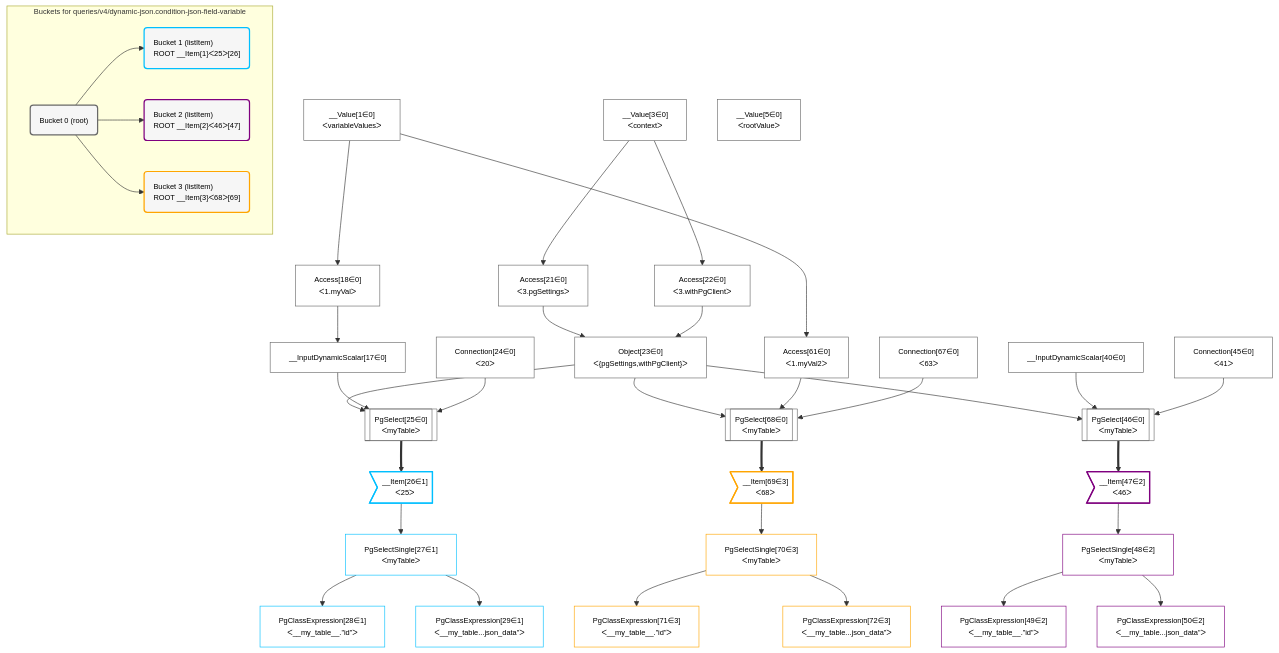
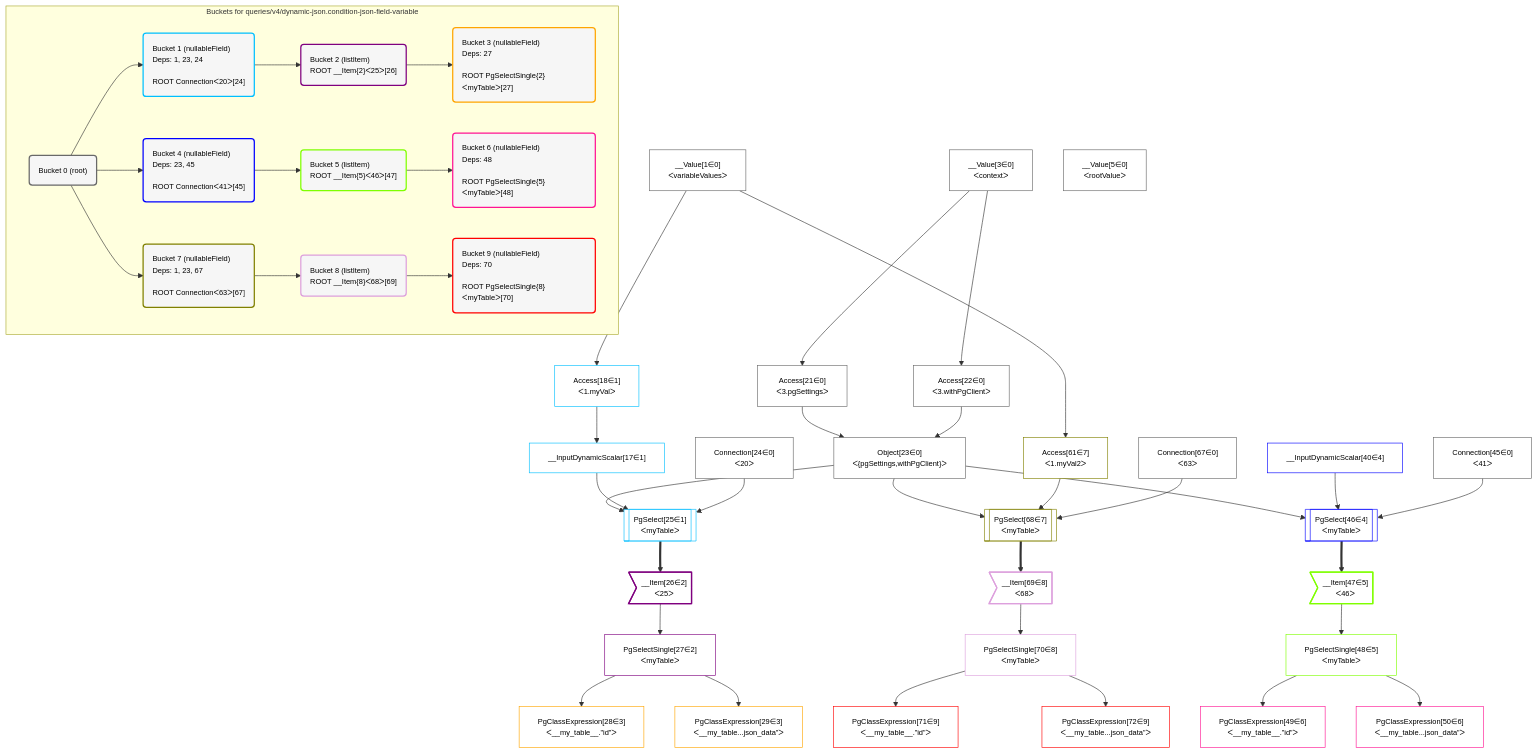
One commit to graphile/crystal changed the diagram in postgraphile/postgraphile/__tests__/queries/v4/dynamic-json.condition-json-field-variable.mermaid. Above: the diagram before and after it, drawn with Mermaid. The commit also changed 96 other files, not shown here.

```diff
--- a/postgraphile/postgraphile/__tests__/queries/v4/dynamic-json.condition-json-field-variable.mermaid
+++ b/postgraphile/postgraphile/__tests__/queries/v4/dynamic-json.condition-json-field-variable.mermaid
@@ -1,77 +1,101 @@
 %%{init: {'themeVariables': { 'fontSize': '12px'}}}%%
 graph TD
     classDef path fill:#eee,stroke:#000,color:#000
     classDef plan fill:#fff,stroke-width:1px,color:#000
     classDef itemplan fill:#fff,stroke-width:2px,color:#000
     classDef sideeffectplan fill:#f00,stroke-width:2px,color:#000
     classDef bucket fill:#f6f6f6,color:#000,stroke-width:2px,text-align:left
 
 
     %% define steps
     __Value1["__Value[1∈0]<br />ᐸvariableValuesᐳ"]:::plan
     __Value3["__Value[3∈0]<br />ᐸcontextᐳ"]:::plan
     __Value5["__Value[5∈0]<br />ᐸrootValueᐳ"]:::plan
-    Access18["Access[18∈0]<br />ᐸ1.myValᐳ"]:::plan
-    __InputDynamicScalar17["__InputDynamicScalar[17∈0]"]:::plan
+    Access18["Access[18∈1]<br />ᐸ1.myValᐳ"]:::plan
+    __InputDynamicScalar17["__InputDynamicScalar[17∈1]"]:::plan
     Access21["Access[21∈0]<br />ᐸ3.pgSettingsᐳ"]:::plan
     Access22["Access[22∈0]<br />ᐸ3.withPgClientᐳ"]:::plan
     Object23["Object[23∈0]<br />ᐸ{pgSettings,withPgClient}ᐳ"]:::plan
     Connection24["Connection[24∈0]<br />ᐸ20ᐳ"]:::plan
-    PgSelect25[["PgSelect[25∈0]<br />ᐸmyTableᐳ"]]:::plan
-    __Item26>"__Item[26∈1]<br />ᐸ25ᐳ"]:::itemplan
-    PgSelectSingle27["PgSelectSingle[27∈1]<br />ᐸmyTableᐳ"]:::plan
-    PgClassExpression28["PgClassExpression[28∈1]<br />ᐸ__my_table__.”id”ᐳ"]:::plan
-    PgClassExpression29["PgClassExpression[29∈1]<br />ᐸ__my_table...json_data”ᐳ"]:::plan
-    __InputDynamicScalar40["__InputDynamicScalar[40∈0]"]:::plan
+    PgSelect25[["PgSelect[25∈1]<br />ᐸmyTableᐳ"]]:::plan
+    __Item26>"__Item[26∈2]<br />ᐸ25ᐳ"]:::itemplan
+    PgSelectSingle27["PgSelectSingle[27∈2]<br />ᐸmyTableᐳ"]:::plan
+    PgClassExpression28["PgClassExpression[28∈3]<br />ᐸ__my_table__.”id”ᐳ"]:::plan
+    PgClassExpression29["PgClassExpression[29∈3]<br />ᐸ__my_table...json_data”ᐳ"]:::plan
+    __InputDynamicScalar40["__InputDynamicScalar[40∈4]"]:::plan
     Connection45["Connection[45∈0]<br />ᐸ41ᐳ"]:::plan
-    PgSelect46[["PgSelect[46∈0]<br />ᐸmyTableᐳ"]]:::plan
-    __Item47>"__Item[47∈2]<br />ᐸ46ᐳ"]:::itemplan
-    PgSelectSingle48["PgSelectSingle[48∈2]<br />ᐸmyTableᐳ"]:::plan
-    PgClassExpression49["PgClassExpression[49∈2]<br />ᐸ__my_table__.”id”ᐳ"]:::plan
-    PgClassExpression50["PgClassExpression[50∈2]<br />ᐸ__my_table...json_data”ᐳ"]:::plan
-    Access61["Access[61∈0]<br />ᐸ1.myVal2ᐳ"]:::plan
+    PgSelect46[["PgSelect[46∈4]<br />ᐸmyTableᐳ"]]:::plan
+    __Item47>"__Item[47∈5]<br />ᐸ46ᐳ"]:::itemplan
+    PgSelectSingle48["PgSelectSingle[48∈5]<br />ᐸmyTableᐳ"]:::plan
+    PgClassExpression49["PgClassExpression[49∈6]<br />ᐸ__my_table__.”id”ᐳ"]:::plan
+    PgClassExpression50["PgClassExpression[50∈6]<br />ᐸ__my_table...json_data”ᐳ"]:::plan
+    Access61["Access[61∈7]<br />ᐸ1.myVal2ᐳ"]:::plan
     Connection67["Connection[67∈0]<br />ᐸ63ᐳ"]:::plan
-    PgSelect68[["PgSelect[68∈0]<br />ᐸmyTableᐳ"]]:::plan
-    __Item69>"__Item[69∈3]<br />ᐸ68ᐳ"]:::itemplan
-    PgSelectSingle70["PgSelectSingle[70∈3]<br />ᐸmyTableᐳ"]:::plan
-    PgClassExpression71["PgClassExpression[71∈3]<br />ᐸ__my_table__.”id”ᐳ"]:::plan
-    PgClassExpression72["PgClassExpression[72∈3]<br />ᐸ__my_table...json_data”ᐳ"]:::plan
+    PgSelect68[["PgSelect[68∈7]<br />ᐸmyTableᐳ"]]:::plan
+    __Item69>"__Item[69∈8]<br />ᐸ68ᐳ"]:::itemplan
+    PgSelectSingle70["PgSelectSingle[70∈8]<br />ᐸmyTableᐳ"]:::plan
+    PgClassExpression71["PgClassExpression[71∈9]<br />ᐸ__my_table__.”id”ᐳ"]:::plan
+    PgClassExpression72["PgClassExpression[72∈9]<br />ᐸ__my_table...json_data”ᐳ"]:::plan
 
     %% plan dependencies
     __Value1 --> Access18
     Access18 --> __InputDynamicScalar17
     __Value3 --> Access21
     __Value3 --> Access22
     Access21 & Access22 --> Object23
     Object23 & __InputDynamicScalar17 & Connection24 --> PgSelect25
     PgSelect25 ==> __Item26
     __Item26 --> PgSelectSingle27
     PgSelectSingle27 --> PgClassExpression28
     PgSelectSingle27 --> PgClassExpression29
     Object23 & __InputDynamicScalar40 & Connection45 --> PgSelect46
     PgSelect46 ==> __Item47
     __Item47 --> PgSelectSingle48
     PgSelectSingle48 --> PgClassExpression49
     PgSelectSingle48 --> PgClassExpression50
     __Value1 --> Access61
     Object23 & Access61 & Connection67 --> PgSelect68
     PgSelect68 ==> __Item69
     __Item69 --> PgSelectSingle70
     PgSelectSingle70 --> PgClassExpression71
     PgSelectSingle70 --> PgClassExpression72
 
     subgraph "Buckets for queries/v4/dynamic-json.condition-json-field-variable"
     Bucket0("Bucket 0 (root)"):::bucket
     classDef bucket0 stroke:#696969
-    class Bucket0,__Value1,__Value3,__Value5,__InputDynamicScalar17,Access18,Access21,Access22,Object23,Connection24,PgSelect25,__InputDynamicScalar40,Connection45,PgSelect46,Access61,Connection67,PgSelect68 bucket0
-    Bucket1("Bucket 1 (listItem)<br />ROOT __Item{1}ᐸ25ᐳ[26]"):::bucket
+    class Bucket0,__Value1,__Value3,__Value5,Access21,Access22,Object23,Connection24,Connection45,Connection67 bucket0
+    Bucket1("Bucket 1 (nullableField)<br />Deps: 1, 23, 24<br /><br />ROOT Connectionᐸ20ᐳ[24]"):::bucket
     classDef bucket1 stroke:#00bfff
-    class Bucket1,__Item26,PgSelectSingle27,PgClassExpression28,PgClassExpression29 bucket1
-    Bucket2("Bucket 2 (listItem)<br />ROOT __Item{2}ᐸ46ᐳ[47]"):::bucket
+    class Bucket1,__InputDynamicScalar17,Access18,PgSelect25 bucket1
+    Bucket2("Bucket 2 (listItem)<br />ROOT __Item{2}ᐸ25ᐳ[26]"):::bucket
     classDef bucket2 stroke:#7f007f
-    class Bucket2,__Item47,PgSelectSingle48,PgClassExpression49,PgClassExpression50 bucket2
-    Bucket3("Bucket 3 (listItem)<br />ROOT __Item{3}ᐸ68ᐳ[69]"):::bucket
+    class Bucket2,__Item26,PgSelectSingle27 bucket2
+    Bucket3("Bucket 3 (nullableField)<br />Deps: 27<br /><br />ROOT PgSelectSingle{2}ᐸmyTableᐳ[27]"):::bucket
     classDef bucket3 stroke:#ffa500
-    class Bucket3,__Item69,PgSelectSingle70,PgClassExpression71,PgClassExpression72 bucket3
-    Bucket0 --> Bucket1 & Bucket2 & Bucket3
+    class Bucket3,PgClassExpression28,PgClassExpression29 bucket3
+    Bucket4("Bucket 4 (nullableField)<br />Deps: 23, 45<br /><br />ROOT Connectionᐸ41ᐳ[45]"):::bucket
+    classDef bucket4 stroke:#0000ff
+    class Bucket4,__InputDynamicScalar40,PgSelect46 bucket4
+    Bucket5("Bucket 5 (listItem)<br />ROOT __Item{5}ᐸ46ᐳ[47]"):::bucket
+    classDef bucket5 stroke:#7fff00
+    class Bucket5,__Item47,PgSelectSingle48 bucket5
+    Bucket6("Bucket 6 (nullableField)<br />Deps: 48<br /><br />ROOT PgSelectSingle{5}ᐸmyTableᐳ[48]"):::bucket
+    classDef bucket6 stroke:#ff1493
+    class Bucket6,PgClassExpression49,PgClassExpression50 bucket6
+    Bucket7("Bucket 7 (nullableField)<br />Deps: 1, 23, 67<br /><br />ROOT Connectionᐸ63ᐳ[67]"):::bucket
+    classDef bucket7 stroke:#808000
+    class Bucket7,Access61,PgSelect68 bucket7
+    Bucket8("Bucket 8 (listItem)<br />ROOT __Item{8}ᐸ68ᐳ[69]"):::bucket
+    classDef bucket8 stroke:#dda0dd
+    class Bucket8,__Item69,PgSelectSingle70 bucket8
+    Bucket9("Bucket 9 (nullableField)<br />Deps: 70<br /><br />ROOT PgSelectSingle{8}ᐸmyTableᐳ[70]"):::bucket
+    classDef bucket9 stroke:#ff0000
+    class Bucket9,PgClassExpression71,PgClassExpression72 bucket9
+    Bucket0 --> Bucket1 & Bucket4 & Bucket7
+    Bucket1 --> Bucket2
+    Bucket2 --> Bucket3
+    Bucket4 --> Bucket5
+    Bucket5 --> Bucket6
+    Bucket7 --> Bucket8
+    Bucket8 --> Bucket9
     end
```
